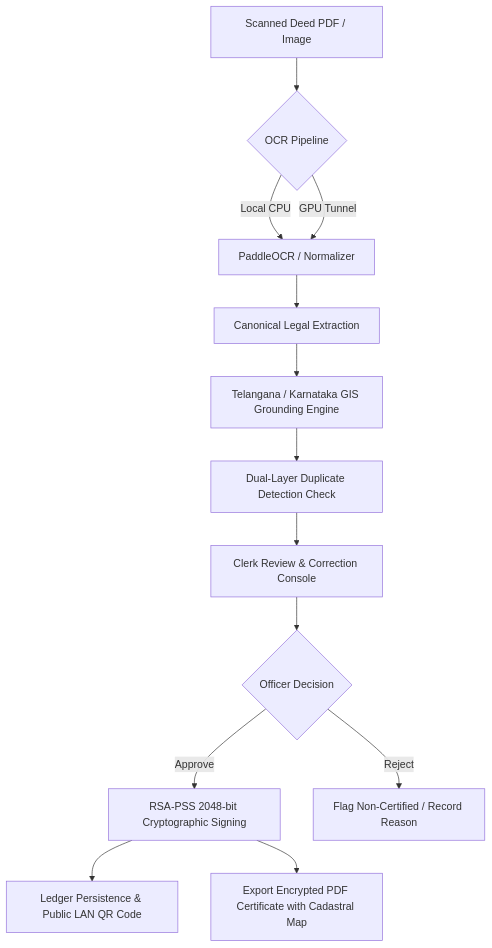
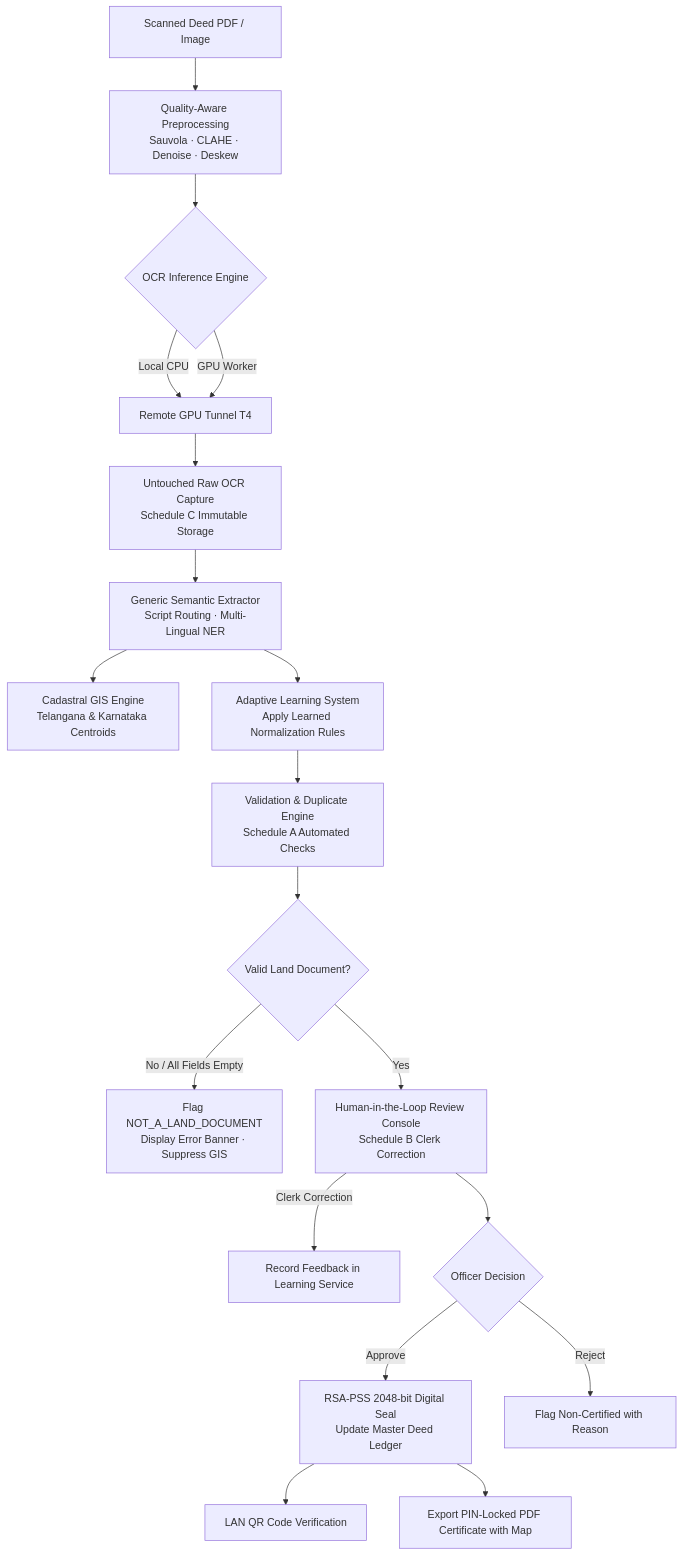
The diagram in README.md (saiujwal-hub/land-digitiztion), drawn with Mermaid before and after one commit. The commit also changed other lines of this file, not shown here.

Commit message:
docs: update README with comprehensive capabilities, architecture, and testing

````diff
--- a/README.md
+++ b/README.md
@@ -56,15 +85,21 @@
 ```mermaid
 flowchart TD
-    A[Scanned Deed PDF / Image] --> B{OCR Pipeline}
-    B -->|Local CPU| C[PaddleOCR / Normalizer]
-    B -->|GPU Tunnel| C
-    C --> D[Canonical Legal Extraction]
-    D --> E[Telangana / Karnataka GIS Grounding Engine]
-    E --> F[Dual-Layer Duplicate Detection Check]
-    F --> G[Clerk Review & Correction Console]
-    G --> H{Officer Decision}
-    H -->|Approve| I[RSA-PSS 2048-bit Cryptographic Signing]
-    H -->|Reject| J[Flag Non-Certified / Record Reason]
-    I --> K[Ledger Persistence & Public LAN QR Code]
-    I --> L[Export Encrypted PDF Certificate with Cadastral Map]
+    A[Scanned Deed PDF / Image] --> B[Quality-Aware Preprocessing\nSauvola · CLAHE · Denoise · Deskew]
+    B --> C{OCR Inference Engine}
+    C -->|Local CPU| D[PaddleOCR Native]
+    C -->|GPU Worker| D[Remote GPU Tunnel T4]
+    D --> E[Untouched Raw OCR Capture\nSchedule C Immutable Storage]
+    E --> F[Generic Semantic Extractor\nScript Routing · Multi-Lingual NER]
+    F --> G[Cadastral GIS Engine\nTelangana & Karnataka Centroids]
+    F --> H[Adaptive Learning System\nApply Learned Normalization Rules]
+    H --> I[Validation & Duplicate Engine\nSchedule A Automated Checks]
+    I --> J{Valid Land Document?}
+    J -->|No / All Fields Empty| K[Flag NOT_A_LAND_DOCUMENT\nDisplay Error Banner · Suppress GIS]
+    J -->|Yes| L[Human-in-the-Loop Review Console\nSchedule B Clerk Correction]
+    L -->|Clerk Correction| M[Record Feedback in Learning Service]
+    L --> N{Officer Decision}
+    N -->|Approve| O[RSA-PSS 2048-bit Digital Seal\nUpdate Master Deed Ledger]
+    N -->|Reject| P[Flag Non-Certified with Reason]
+    O --> Q[LAN QR Code Verification]
+    O --> R[Export PIN-Locked PDF Certificate with Map]
 ```
````
